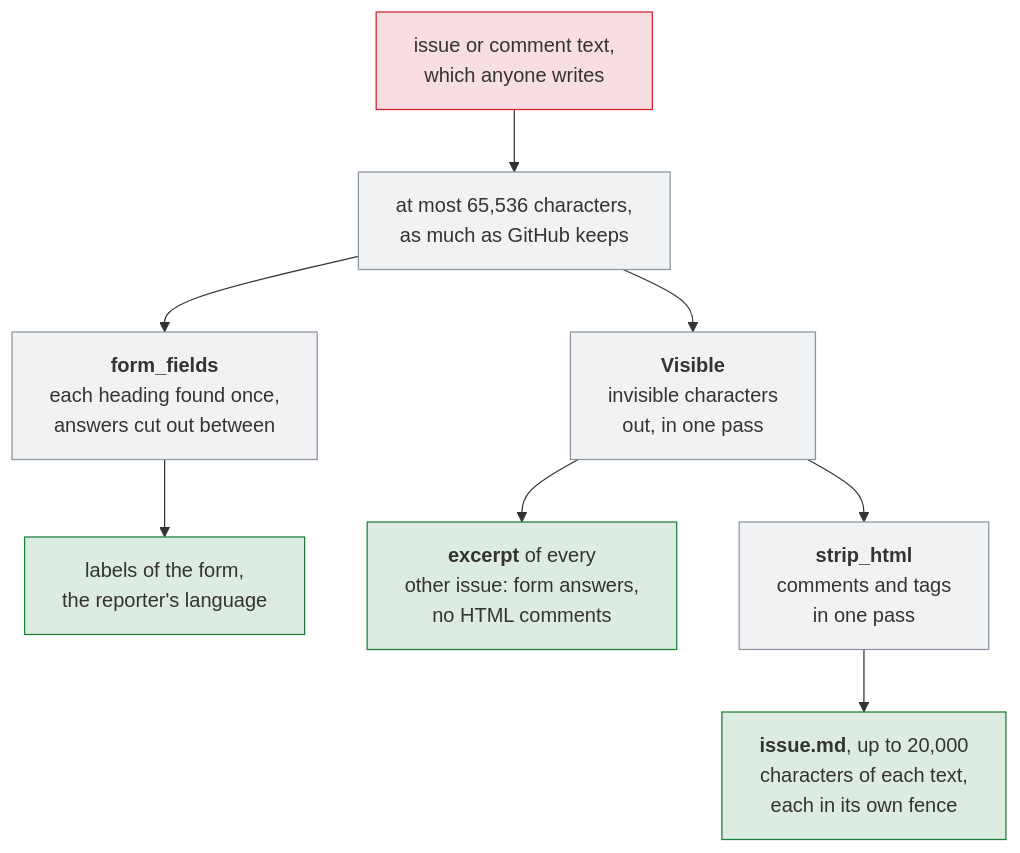
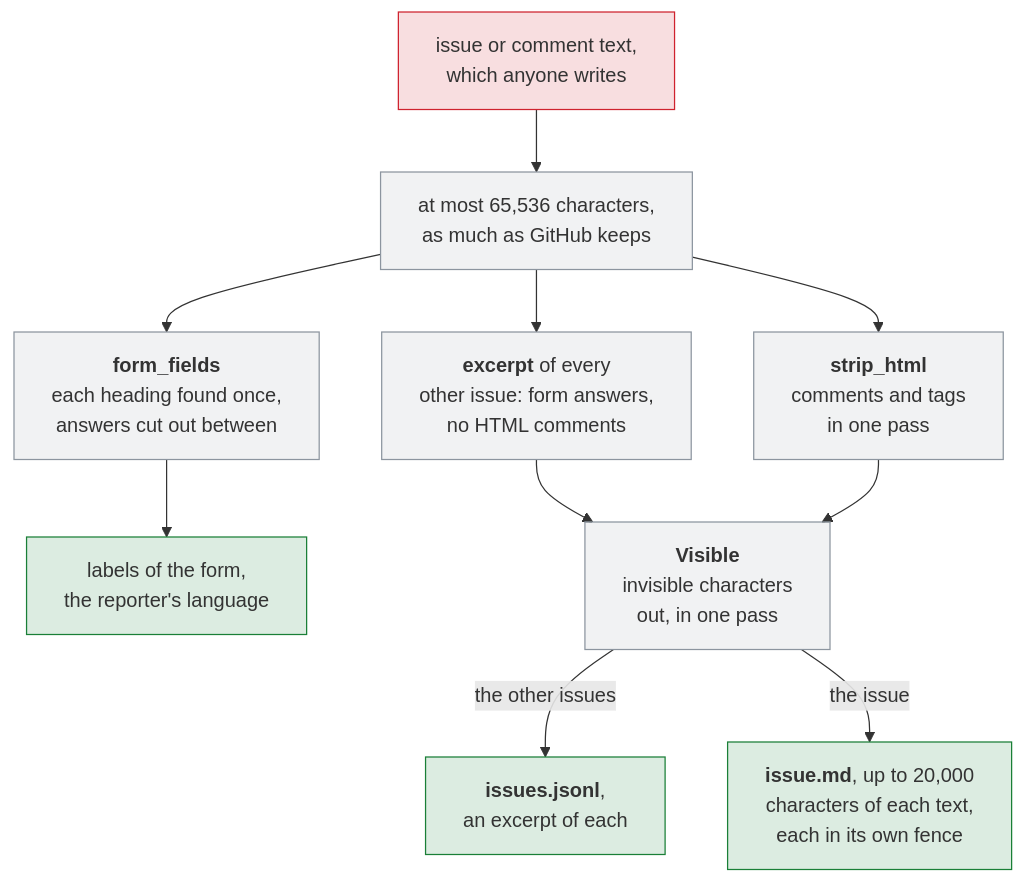
Before and after one commit to Dennis-Otto/issue-assistant: the seventh of 7 diagrams in docs/architecture.md, drawn with Mermaid. The commit also changed other lines of this file and 5 other files, not shown here.

First line of the commit message:
fix(security): take invisible characters out after the HTML that GitHub hides

````diff
--- a/docs/architecture.md
+++ b/docs/architecture.md
@@ -209,18 +209,20 @@
 ```mermaid
 flowchart TB
   accTitle: How the assistant reads the text of an issue
-  accDescr: The text of an issue or a comment, which anyone can write, is read up to GitHub's 65,536 characters. The answers of a form are cut out between their headings, which are found once; from them come the labels of the form and the reporter's language. For the AI, the characters that GitHub shows as nothing go first, in one pass; then the answers of a form and HTML comments make an excerpt of each other issue, and HTML comments and tags go in one pass for issue.md, which holds up to 20,000 characters of each text in a code fence that the text can't close.
+  accDescr: The text of an issue or a comment, which anyone can write, is read up to GitHub's 65,536 characters. The answers of a form are cut out between their headings, which are found once; from them come the labels of the form and the reporter's language. For the AI, the answers of a form and HTML comments make an excerpt of each other issue, and HTML comments and tags go in one pass for issue.md. Then the characters that GitHub shows as nothing go, in one pass, after the HTML, so that none can end an HTML comment that GitHub never ends. The excerpts go into issues.jsonl, and issue.md holds up to 20,000 characters of each text in a code fence that the text can't close.
   text["issue or comment text,<br/>which anyone writes"] --> cap["at most 65,536 characters,<br/>as much as GitHub keeps"]
   cap --> forms["<b>form_fields</b><br/>each heading found once,<br/>answers cut out between"]
   forms --> event["labels of the form,<br/>the reporter's language"]
-  cap --> visible["<b>Visible</b><br/>invisible characters<br/>out, in one pass"]
-  visible --> excerpt["<b>excerpt</b> of every<br/>other issue: form answers,<br/>no HTML comments"]
-  visible --> html["<b>strip_html</b><br/>comments and tags<br/>in one pass"]
-  html --> issue["<b>issue.md</b>, up to 20,000<br/>characters of each text,<br/>each in its own fence"]
+  cap --> excerpt["<b>excerpt</b> of every<br/>other issue: form answers,<br/>no HTML comments"]
+  cap --> html["<b>strip_html</b><br/>comments and tags<br/>in one pass"]
+  excerpt --> visible["<b>Visible</b><br/>invisible characters<br/>out, in one pass"]
+  html --> visible
+  visible -- "the other issues" --> jsonl["<b>issues.jsonl</b>,<br/>an excerpt of each"]
+  visible -- "the issue" --> issue["<b>issue.md</b>, up to 20,000<br/>characters of each text,<br/>each in its own fence"]
   classDef untrusted fill:#cf222e26,stroke:#cf222e
   classDef job fill:#8c959f1f,stroke:#8c959f
   classDef safe fill:#1a7f3726,stroke:#1a7f37
   class text untrusted
-  class cap,forms,visible,html job
-  class event,excerpt,issue safe
+  class cap,forms,excerpt,html,visible job
+  class event,jsonl,issue safe
 ```
````
